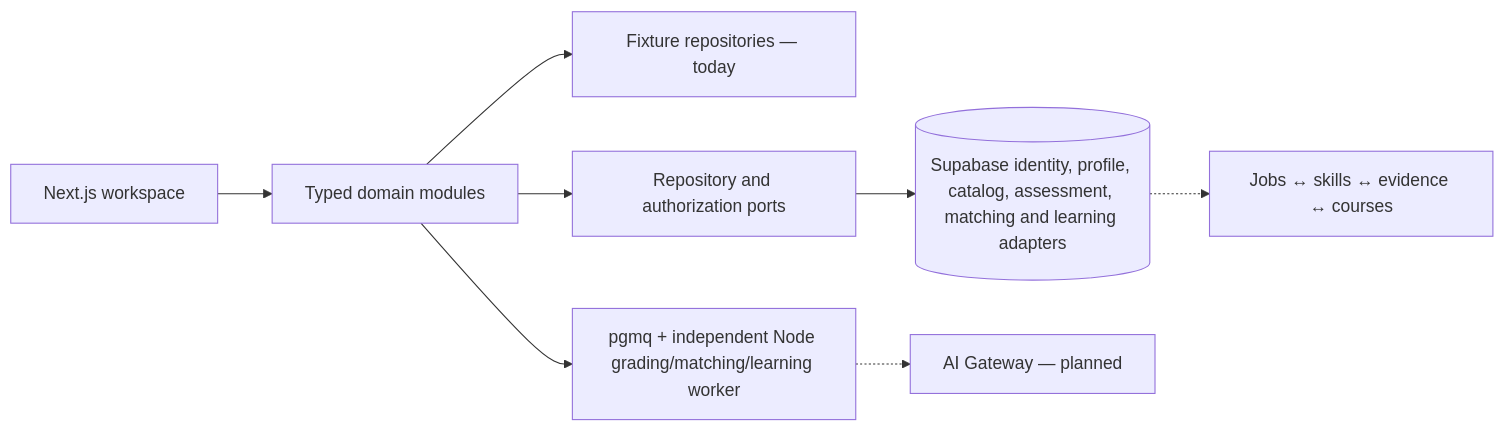
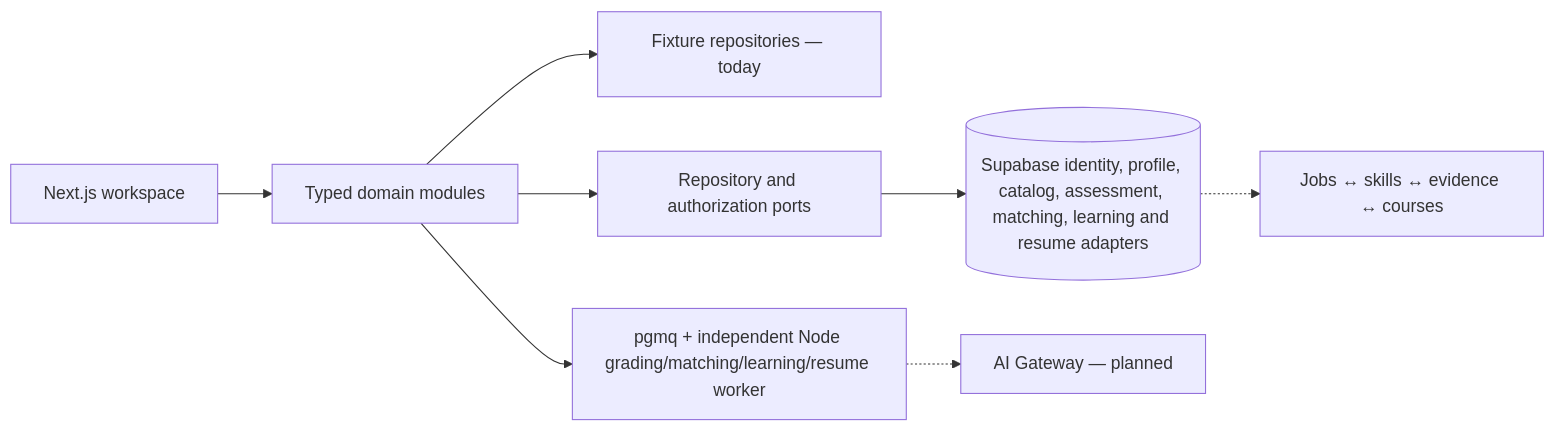
Before and after one commit to jerry1022/rolefoundry: the diagram in README.md, drawn with Mermaid. The commit also changed other lines of this file and 58 other files, not shown here.

````diff
--- a/README.md
+++ b/README.md
@@ -94,10 +94,10 @@
 ```mermaid
 flowchart LR
     UI[Next.js workspace] --> D[Typed domain modules]
     D --> F[Fixture repositories — today]
     D --> Ports[Repository and authorization ports]
-    Ports --> DB[(Supabase identity, profile, catalog, assessment, matching and learning adapters)]
-    D --> Q[pgmq + independent Node grading/matching/learning worker]
+    Ports --> DB[(Supabase identity, profile, catalog, assessment, matching, learning and resume adapters)]
+    D --> Q[pgmq + independent Node grading/matching/learning/resume worker]
     Q -.-> AI[AI Gateway — planned]
     DB -.-> S[Jobs ↔ skills ↔ evidence ↔ courses]
 ```
````
